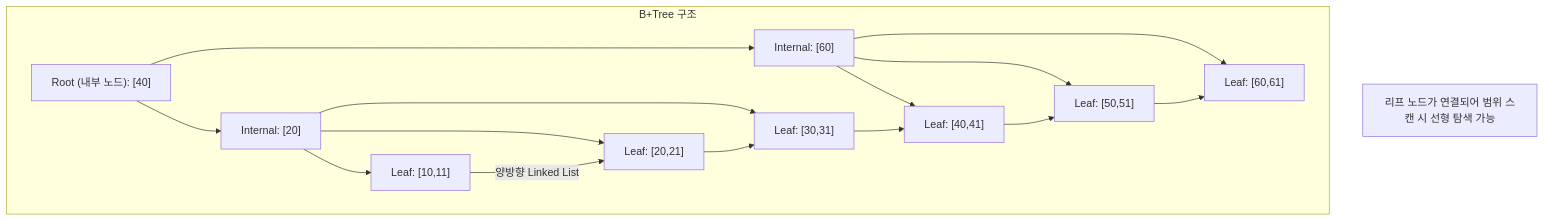
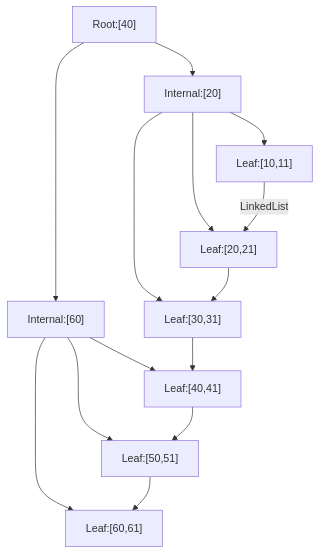
One commit to yjkim2015/yjkim2015.github.io changed the first of 5 diagrams in _posts/db/2026-05-01-db-index.md. Above: the diagram before and after it, drawn with Mermaid. The commit also changed other lines of this file and 215 other files, not shown here.

First line of the commit message:
신규 포스트 10개 추가 + Mermaid 전면 축소 + SystemDesign 시리즈 보강

````diff
--- a/_posts/db/2026-05-01-db-index.md
+++ b/_posts/db/2026-05-01-db-index.md
@@ -44,28 +44,7 @@
 ```mermaid
 graph TD
-    subgraph "B+Tree 구조"
-        R["Root (내부 노드): [40]"]
-        I1["Internal: [20]"]
-        I2["Internal: [60]"]
-        R --> I1
-        R --> I2
-        L1["Leaf: [10,11]"]
-        L2["Leaf: [20,21]"]
-        L3["Leaf: [30,31]"]
-        L4["Leaf: [40,41]"]
-        L5["Leaf: [50,51]"]
-        L6["Leaf: [60,61]"]
-        I1 --> L1
-        I1 --> L2
-        I1 --> L3
-        I2 --> L4
-        I2 --> L5
-        I2 --> L6
-        L1 -->|"양방향 Linked List"| L2
-        L2 --> L3
-        L3 --> L4
-        L4 --> L5
-        L5 --> L6
-    end
-    note["리프 노드가 연결되어 범위 스캔 시 선형 탐색 가능"]
+    R["Root:[40]"] --> I1["Internal:[20]"] & I2["Internal:[60]"]
+    I1 --> L1["Leaf:[10,11]"] & L2["Leaf:[20,21]"] & L3["Leaf:[30,31]"]
+    I2 --> L4["Leaf:[40,41]"] & L5["Leaf:[50,51]"] & L6["Leaf:[60,61]"]
+    L1 -->|LinkedList| L2 --> L3 --> L4 --> L5 --> L6
 ```
````
